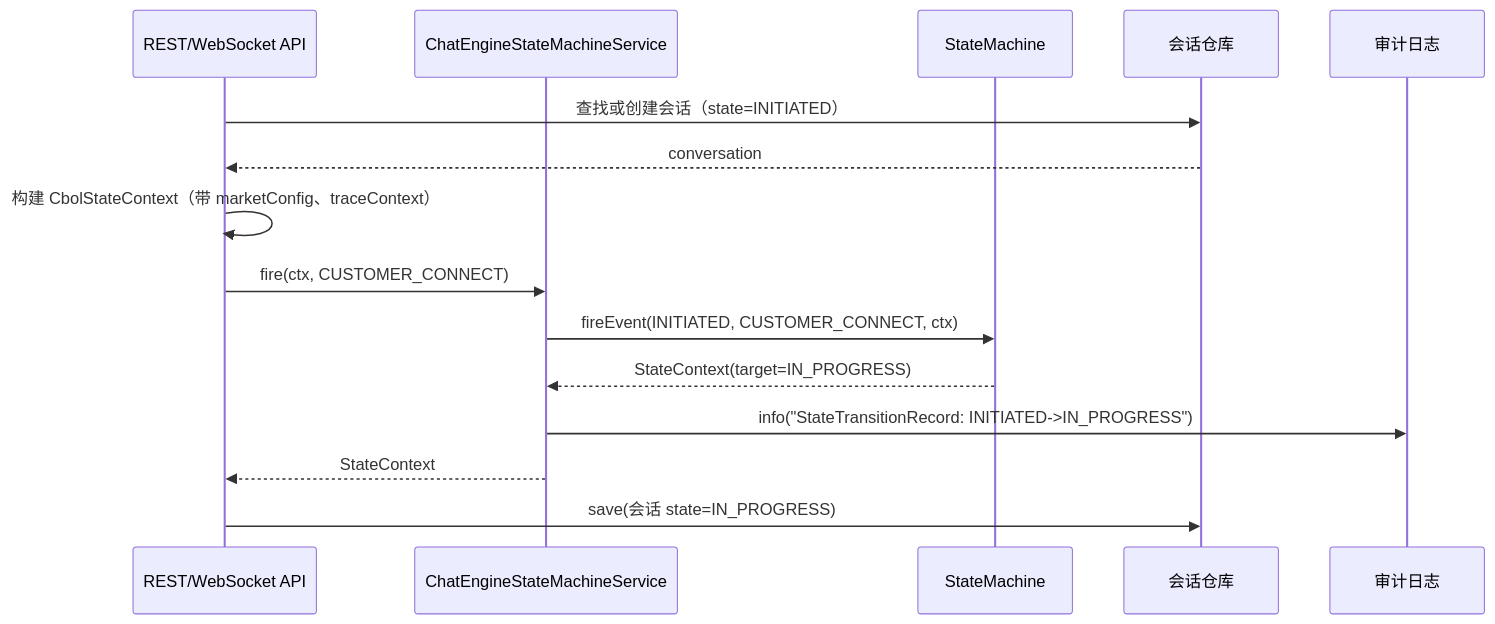
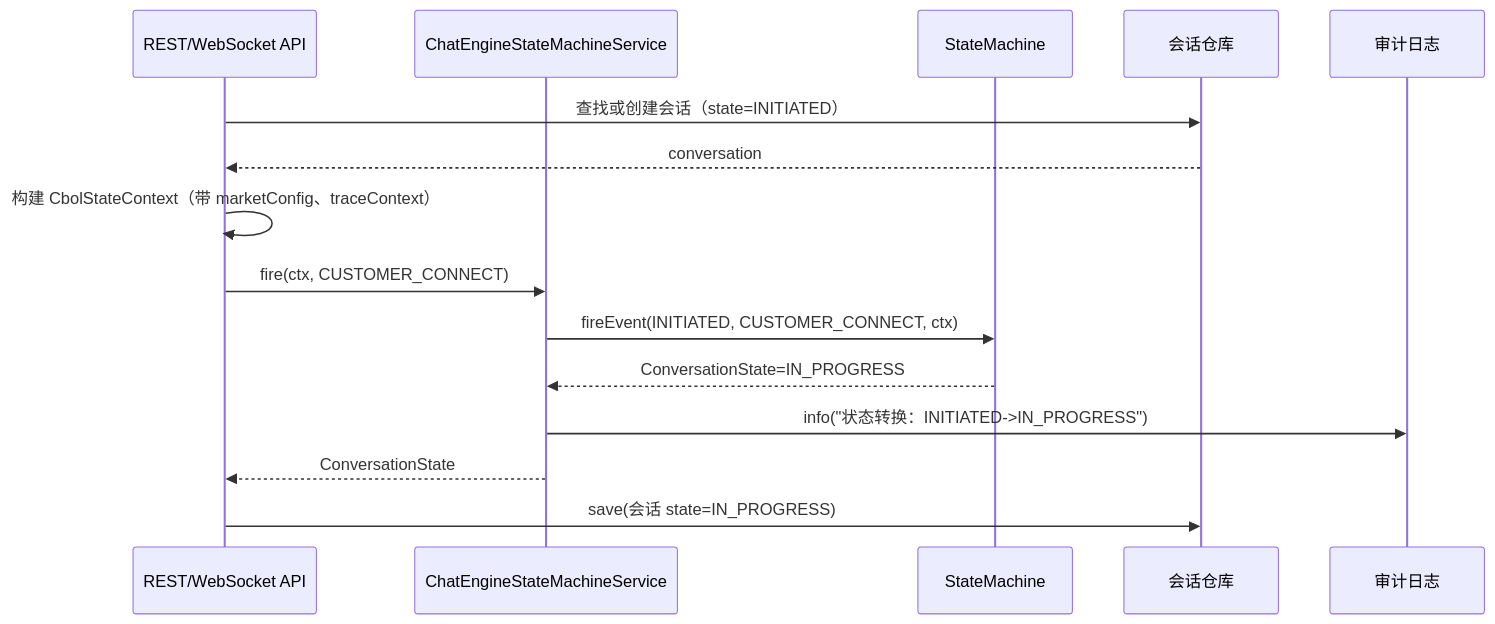
One commit to huangzhiqiu/ai-knowledge-design changed the fourth of 5 diagrams in 08-Code/state-machine/docs/zh/02-CBOL-Business-Layer-Design.md. Above: the diagram before and after it, drawn with Mermaid. The commit also changed other lines of this file and 7 other files, not shown here.

````diff
--- a/08-Code/state-machine/docs/zh/02-CBOL-Business-Layer-Design.md
+++ b/08-Code/state-machine/docs/zh/02-CBOL-Business-Layer-Design.md
@@ -570,18 +572,18 @@
 ```mermaid
 sequenceDiagram
     participant API as REST/WebSocket API
     participant Svc as ChatEngineStateMachineService
     participant SM as StateMachine
     participant Repo as 会话仓库
     participant Log as 审计日志
 
     API->>Repo: 查找或创建会话（state=INITIATED）
     Repo-->>API: conversation
     API->>API: 构建 CbolStateContext（带 marketConfig、traceContext）
     API->>Svc: fire(ctx, CUSTOMER_CONNECT)
     Svc->>SM: fireEvent(INITIATED, CUSTOMER_CONNECT, ctx)
-    SM-->>Svc: StateContext(target=IN_PROGRESS)
-    Svc->>Log: info("StateTransitionRecord: INITIATED->IN_PROGRESS")
-    Svc-->>API: StateContext
+    SM-->>Svc: ConversationState=IN_PROGRESS
+    Svc->>Log: info("状态转换：INITIATED->IN_PROGRESS")
+    Svc-->>API: ConversationState
     API->>Repo: save(会话 state=IN_PROGRESS)
 ```
````
